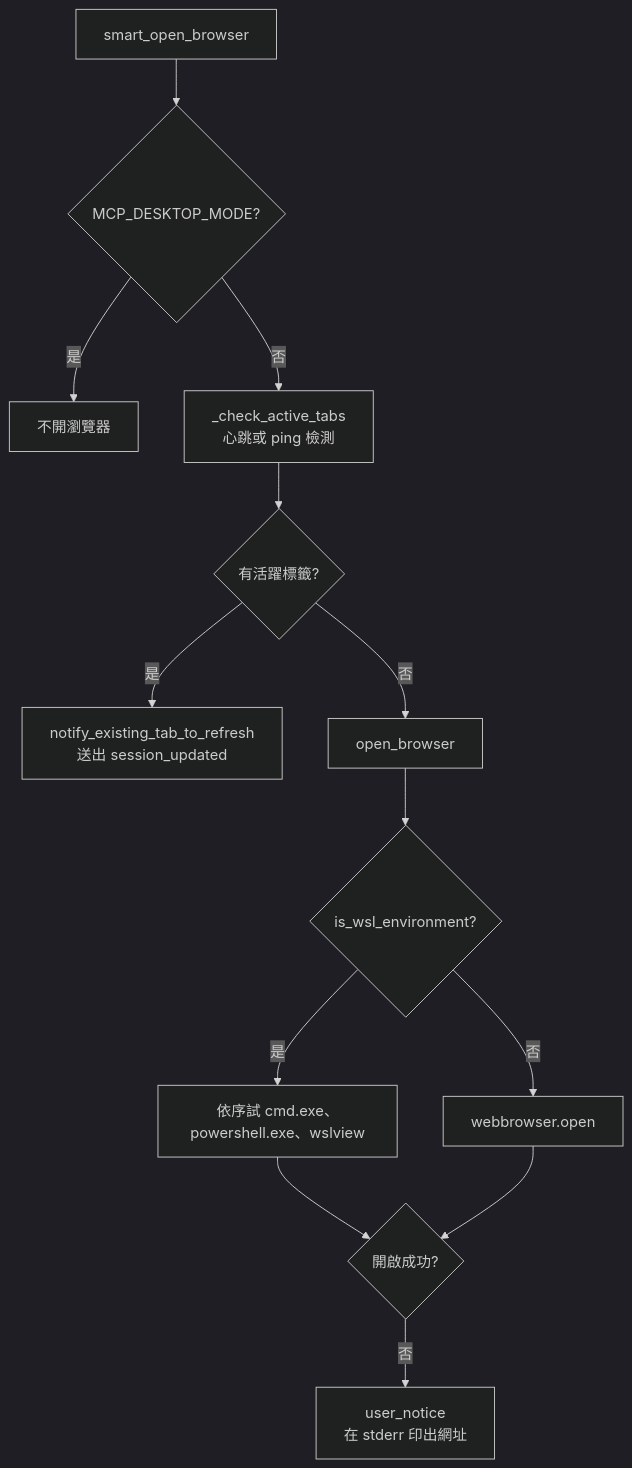
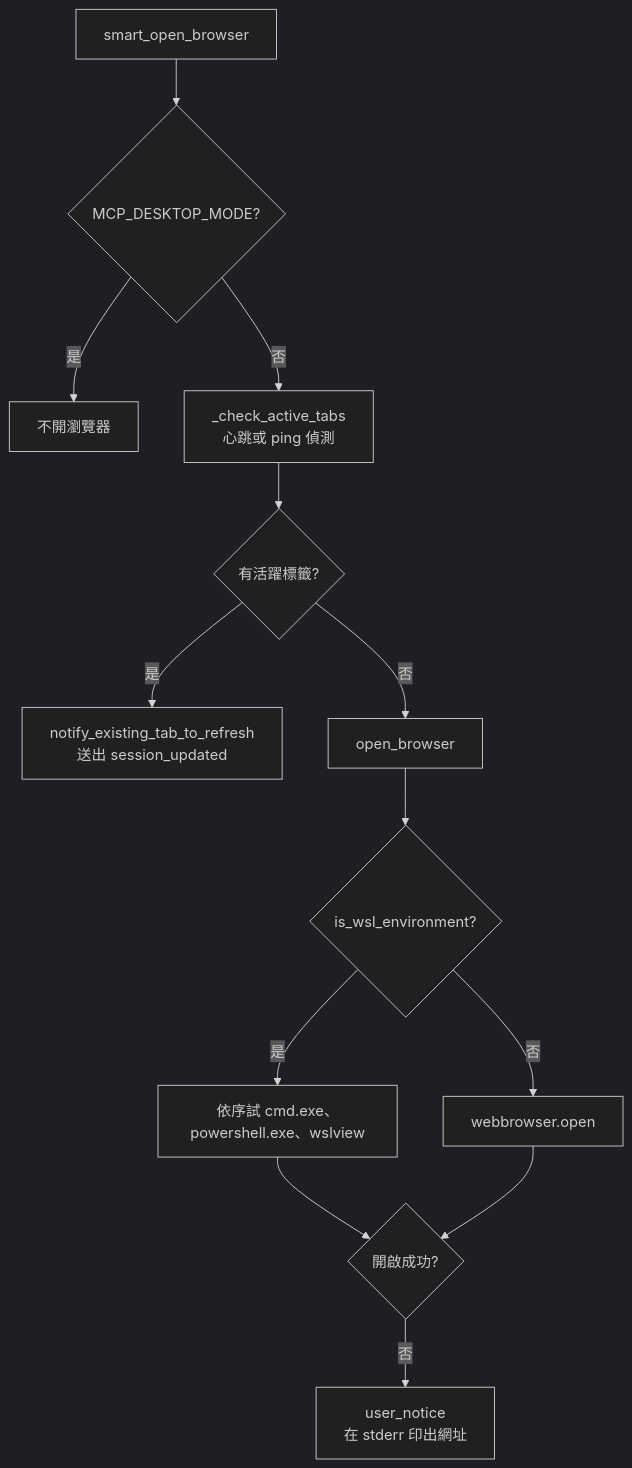
Before and after one commit to CloudEngineHub/mcp-feedback-enhanced: the third of 12 diagrams in docs/architecture/component-details.md, drawn with Mermaid (dark theme). The commit also changed other lines of this file, not shown here.

````diff
--- a/docs/architecture/component-details.md
+++ b/docs/architecture/component-details.md
@@ -297,15 +297,15 @@
 ```mermaid
 flowchart TD
     START[smart_open_browser] --> DESKTOP{MCP_DESKTOP_MODE?}
     DESKTOP -->|是| SKIP[不開瀏覽器]
-    DESKTOP -->|否| CHECK[_check_active_tabs<br/>心跳或 ping 檢測]
+    DESKTOP -->|否| CHECK[_check_active_tabs<br/>心跳或 ping 偵測]
     CHECK --> ACTIVE{有活躍標籤?}
     ACTIVE -->|是| NOTIFY[notify_existing_tab_to_refresh<br/>送出 session_updated]
     ACTIVE -->|否| OPEN[open_browser]
     OPEN --> WSL{is_wsl_environment?}
     WSL -->|是| WSLOPEN[依序試 cmd.exe、powershell.exe、wslview]
     WSL -->|否| STD[webbrowser.open]
     WSLOPEN --> RESULT{開啟成功?}
     STD --> RESULT
     RESULT -->|否| NOTICE[user_notice<br/>在 stderr 印出網址]
 ```
````
